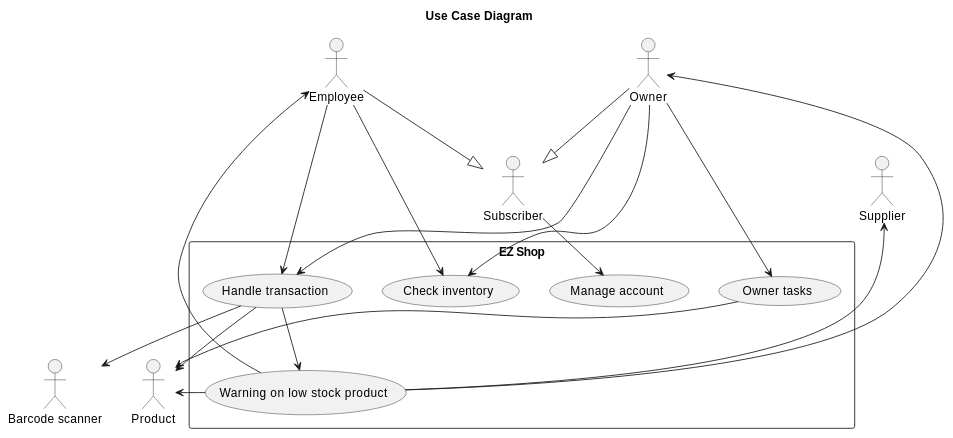
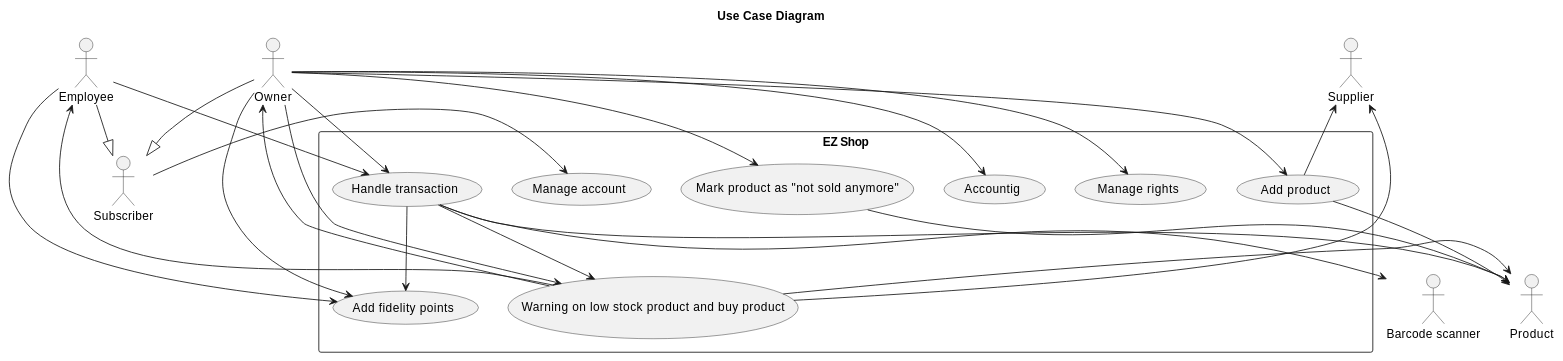
Before and after one commit to nicolabattaglino/ezshop: the second of 6 diagrams in Deliverables/RequirementsDocument.md, drawn with PlantUML. The commit also changed other lines of this file, not shown here.

````diff
--- a/Deliverables/RequirementsDocument.md
+++ b/Deliverables/RequirementsDocument.md
@@ -204,40 +204,47 @@
 ```plantuml
 @startuml
 
 title Use Case Diagram
 rectangle "EZ Shop" as EZShop{
-"Warning on low stock product" as (warning)
+"Warning on low stock product and buy product" as (warning)
 "Handle transaction" as (handleTransaction)
-
-"Check inventory" as (checkInventory)
+"Mark product as "not sold anymore"" as (notSold)
+"Add fidelity points" as (addPoints)
 "Manage account" as (manageAccount)
-"Owner tasks" as (ownerTasks)
-
-
+"Accountig" as (accounting)
+"Add product" as (addProduct)
+"Manage rights" as (manageRights)
 }
 
 "Owner" as owner
 "Employee" as employee
 "Subscriber" as subscriber
 "Supplier" as supplier
 "Product" as product
 "Barcode scanner" as bcScanner
-owner-->(checkInventory)
-employee -->(checkInventory)
-owner --> (ownerTasks)
+
+(handleTransaction) -->(addPoints)
 (handleTransaction)->product
 (handleTransaction) --> bcScanner
 owner<---(warning)
 employee<---(warning)
 supplier<---(warning)
 (warning)->product
-(ownerTasks)->product
+(notSold)->product
+(addProduct) ->product
+supplier<--(addProduct) 
 owner-->(handleTransaction)
-
+owner-->(addProduct)
+owner-->(notSold)
+owner-->(addPoints)
+owner-->(manageRights)
+owner-->(accounting)
+owner-->(warning)
 owner--|> subscriber
 employee --|>subscriber
 subscriber -->(manageAccount)
 employee-->(handleTransaction)
+employee-->(addPoints)
 (handleTransaction) --> (warning)
 @enduml
 ```
````
